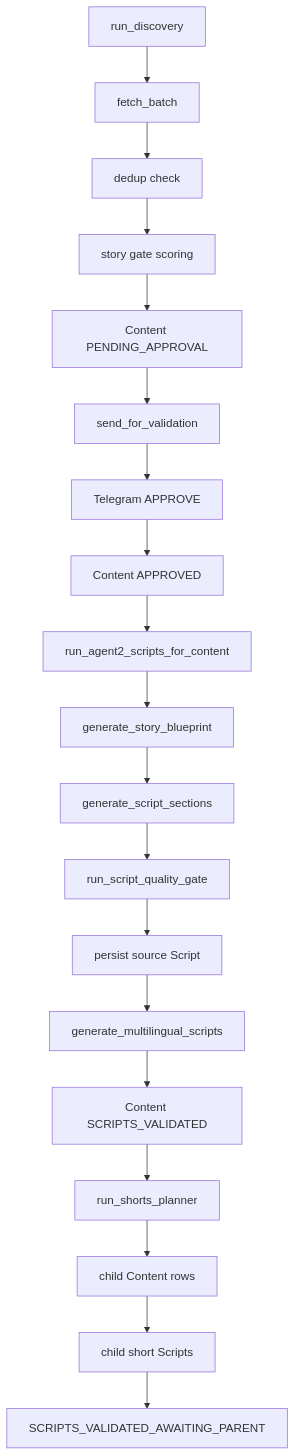
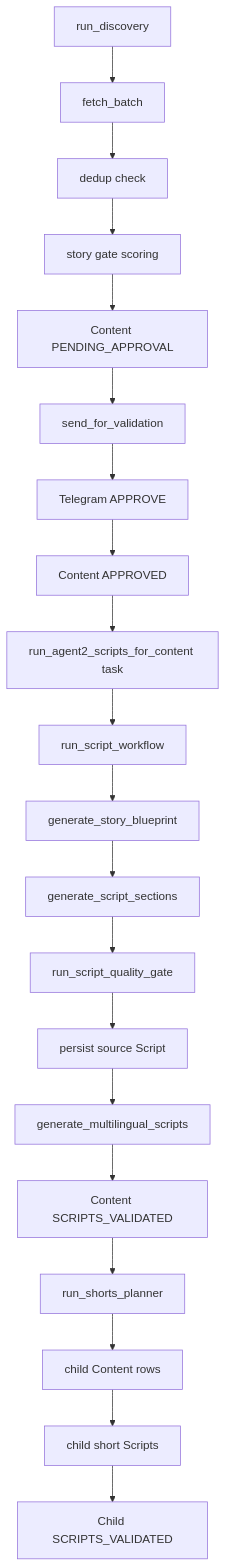
The second of 8 diagrams in CLAUDE.md (Hssingr/content-factory), drawn with Mermaid before and after one commit. The commit also changed other lines of this file and 30 other files, not shown here.

Commit message:
architecture and code cleanup

````diff
--- a/CLAUDE.md
+++ b/CLAUDE.md
@@ -448,21 +493,22 @@
 ```mermaid
 flowchart TD
     A[run_discovery] --> B[fetch_batch]
     B --> C[dedup check]
     C --> D[story gate scoring]
     D --> E[Content PENDING_APPROVAL]
     E --> F[send_for_validation]
     F --> G[Telegram APPROVE]
     G --> H[Content APPROVED]
-    H --> I[run_agent2_scripts_for_content]
-    I --> J[generate_story_blueprint]
-    J --> K[generate_script_sections]
-    K --> L[run_script_quality_gate]
-    L --> M[persist source Script]
-    M --> N[generate_multilingual_scripts]
-    N --> O[Content SCRIPTS_VALIDATED]
-    O --> P[run_shorts_planner]
-    P --> Q[child Content rows]
-    Q --> R[child short Scripts]
-    R --> S[SCRIPTS_VALIDATED_AWAITING_PARENT]
+    H --> I[run_agent2_scripts_for_content task]
+    I --> J[run_script_workflow]
+    J --> K[generate_story_blueprint]
+    K --> L[generate_script_sections]
+    L --> M[run_script_quality_gate]
+    M --> N[persist source Script]
+    N --> O[generate_multilingual_scripts]
+    O --> P[Content SCRIPTS_VALIDATED]
+    P --> Q[run_shorts_planner]
+    Q --> R[child Content rows]
+    R --> S[child short Scripts]
+    S --> T[Child SCRIPTS_VALIDATED]
 ```
````
